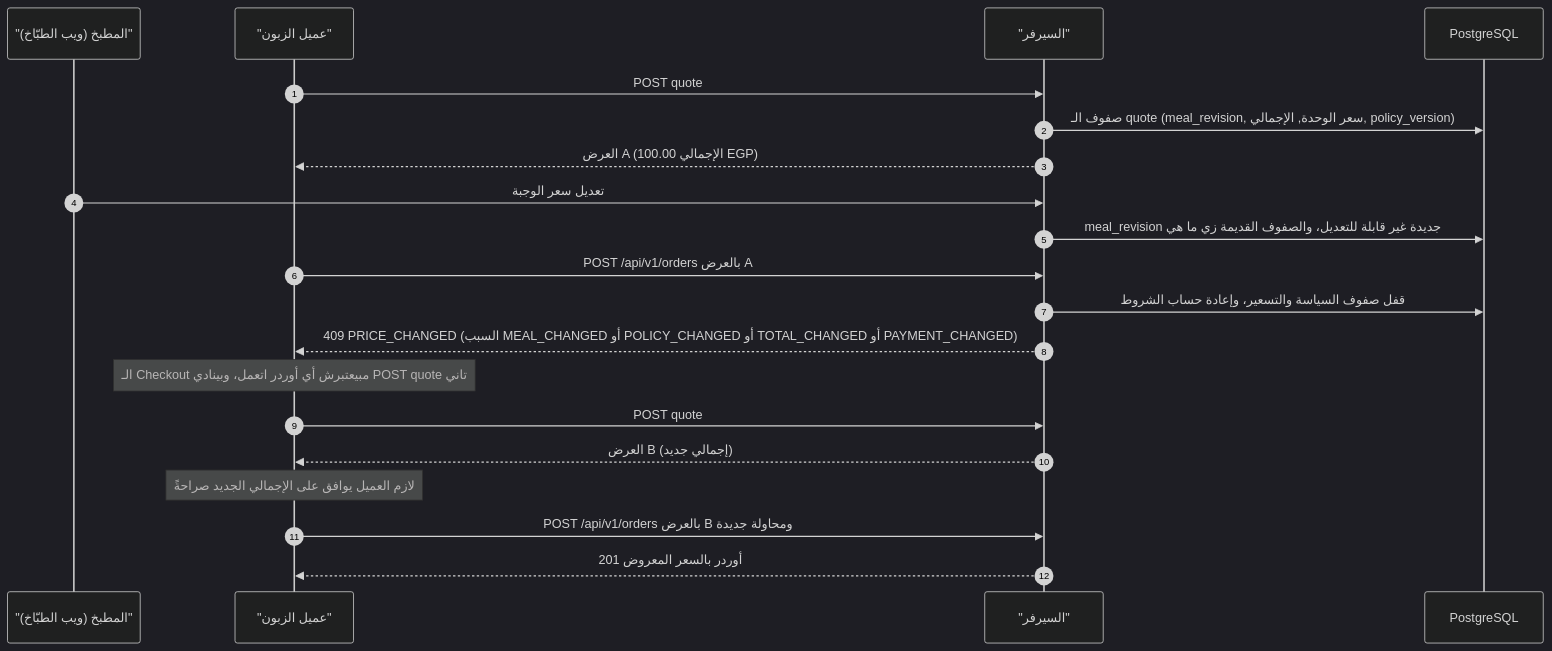
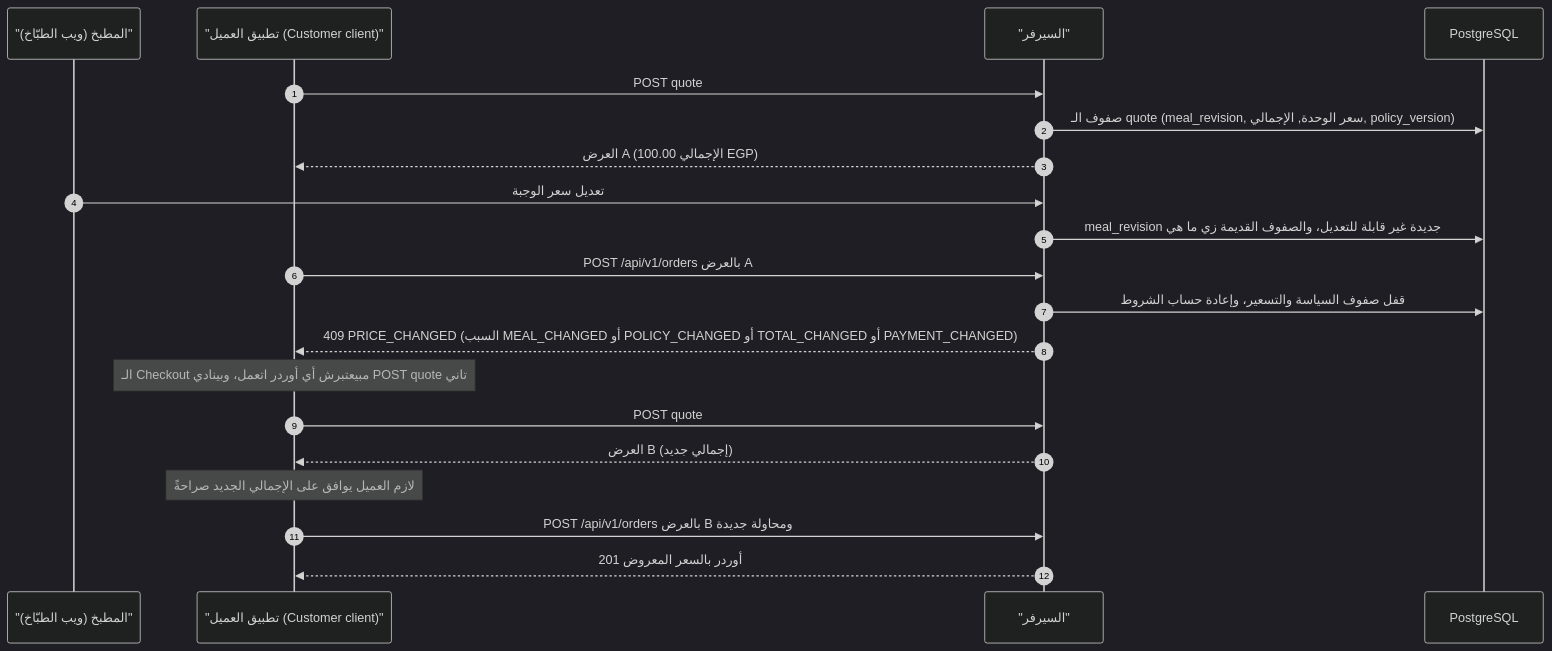
One commit to afawzy70/Matbakhy-v1 changed the tenth of 14 diagrams in docs/developer-handbook/03-architecture/diagrams-ar.md. Above: the diagram before and after it, drawn with Mermaid (dark theme). The commit also changed other lines of this file and 14 other files, not shown here.

````diff
--- a/docs/developer-handbook/03-architecture/diagrams-ar.md
+++ b/docs/developer-handbook/03-architecture/diagrams-ar.md
@@ -284,22 +284,22 @@
 ```mermaid
 sequenceDiagram
     autonumber
     participant K as "المطبخ (ويب الطبّاخ)"
-    participant C as "عميل الزبون"
+    participant C as "تطبيق العميل (Customer client)"
     participant S as "السيرفر"
     participant D as PostgreSQL
     C->>S: POST quote
     S->>D: صفوف الـ quote (meal_revision, سعر الوحدة, الإجمالي, policy_version)
     S-->>C: العرض A (الإجمالي 100.00 EGP)
     K->>S: تعديل سعر الوجبة
     S->>D: meal_revision جديدة غير قابلة للتعديل، والصفوف القديمة زي ما هي
     C->>S: POST /api/v1/orders بالعرض A
     S->>D: قفل صفوف السياسة والتسعير، وإعادة حساب الشروط
     S-->>C: 409 PRICE_CHANGED (السبب MEAL_CHANGED أو POLICY_CHANGED أو TOTAL_CHANGED أو PAYMENT_CHANGED)
     Note over C: الـ Checkout مبيعتبرش أي أوردر اتعمل، وبينادي POST quote تاني
     C->>S: POST quote
     S-->>C: العرض B (إجمالي جديد)
     Note over C: لازم العميل يوافق على الإجمالي الجديد صراحةً
     C->>S: POST /api/v1/orders بالعرض B ومحاولة جديدة
     S-->>C: 201 أوردر بالسعر المعروض
 ```
````
